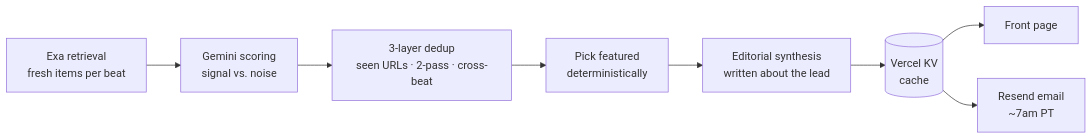
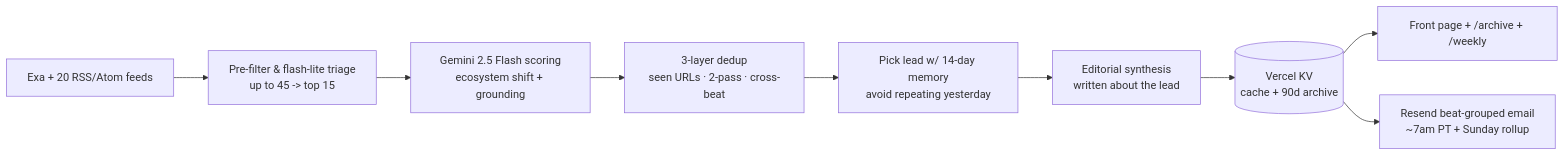
One commit to madfreakz/ai-digest changed the diagram in README.md. Above: the diagram before and after it, drawn with Mermaid. The commit also changed other lines of this file, not shown here.

Commit message:
Update README to reflect RSS, 2-stage triage, ecosystem rubric, archive, weekly rollup, and evals

````diff
--- a/README.md
+++ b/README.md
@@ -31,10 +31,11 @@
 ```mermaid
 flowchart LR
-    A[Exa retrieval<br/>fresh items per beat] --> B[Gemini scoring<br/>signal vs. noise]
-    B --> C[3-layer dedup<br/>seen URLs · 2-pass · cross-beat]
-    C --> D[Pick featured<br/>deterministically]
-    D --> E[Editorial synthesis<br/>written about the lead]
-    E --> F[(Vercel KV<br/>cache)]
-    F --> G[Front page]
-    F --> H[Resend email<br/>~7am PT]
+    A[Exa + 20 RSS/Atom feeds] --> B[Pre-filter & flash-lite triage<br/>up to 45 -> top 15]
+    B --> C[Gemini 2.5 Flash scoring<br/>ecosystem shift + grounding]
+    C --> D[3-layer dedup<br/>seen URLs · 2-pass · cross-beat]
+    D --> E[Pick lead w/ 14-day memory<br/>avoid repeating yesterday]
+    E --> F[Editorial synthesis<br/>written about the lead]
+    F --> G[(Vercel KV<br/>cache + 90d archive)]
+    G --> H[Front page + /archive + /weekly]
+    G --> I[Resend beat-grouped email<br/>~7am PT + Sunday rollup]
 ```
````
